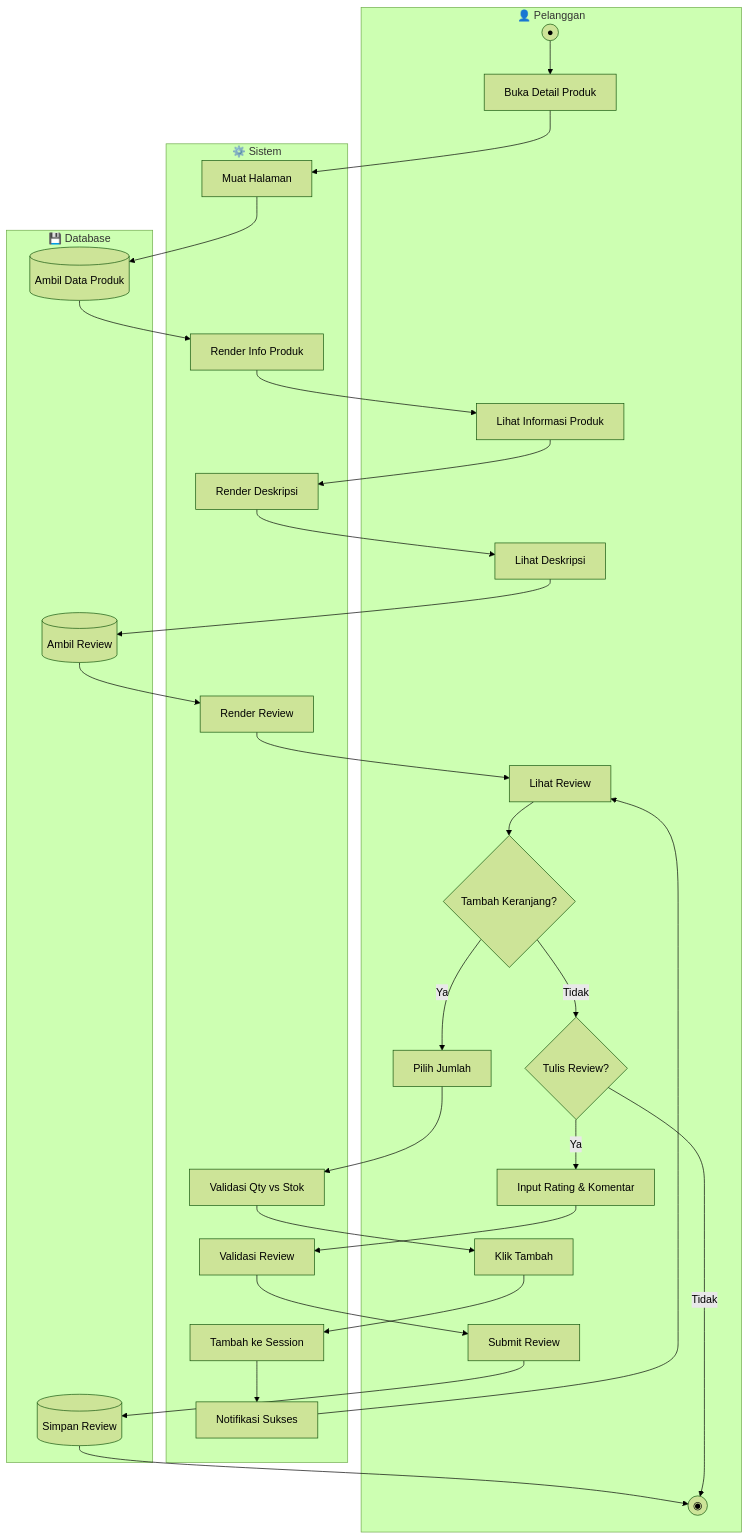
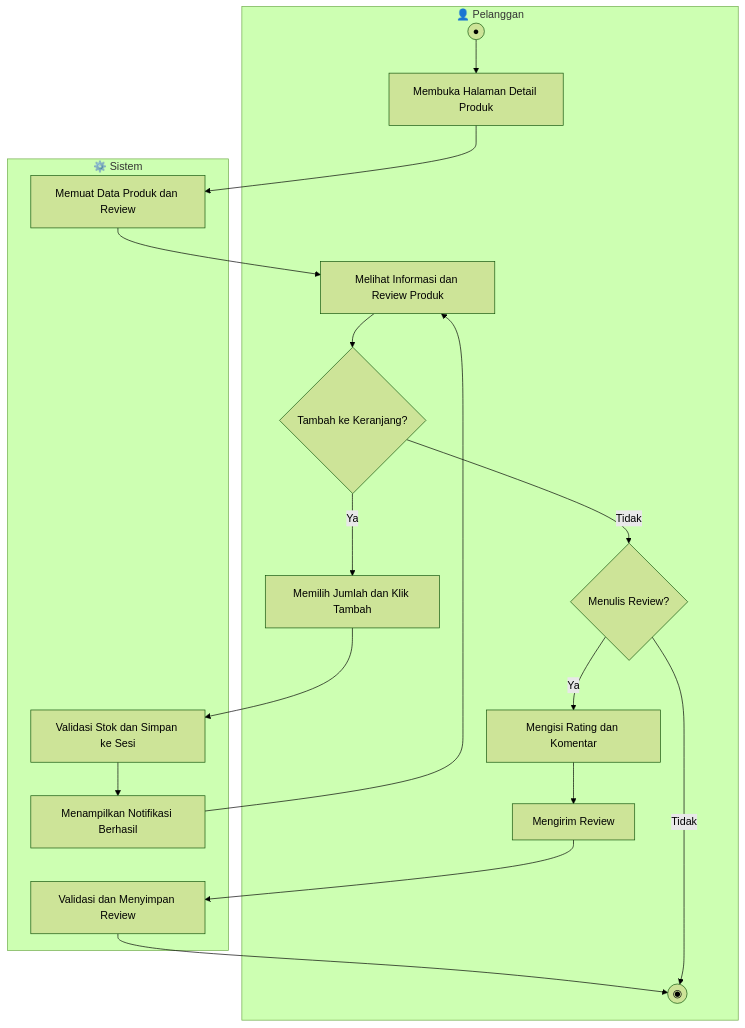
The third of 17 diagrams in docs/ACTIVITY_DIAGRAMS.md (mustarisyahding07-spec/WEBSITE_SKRIPSI_MUSTARI), drawn with Mermaid (forest theme) before and after one commit. The commit also changed other lines of this file, not shown here.

Commit message:
docs: simplify activity diagrams and add academic explanations

````diff
--- a/docs/ACTIVITY_DIAGRAMS.md
+++ b/docs/ACTIVITY_DIAGRAMS.md
@@ -146,59 +126,36 @@
 ```mermaid
 flowchart TD
     subgraph Pelanggan["👤 Pelanggan"]
         P1((●))
-        P2[Buka Detail Produk]
-        P3[Lihat Informasi Produk]
-        P4[Lihat Deskripsi]
-        P5[Lihat Review]
-        P6{Tambah Keranjang?}
-        P7[Pilih Jumlah]
-        P8[Klik Tambah]
-        P9{Tulis Review?}
-        P10[Input Rating & Komentar]
-        P11[Submit Review]
-        P12((◉))
+        P2[Membuka Halaman Detail Produk]
+        P3[Melihat Informasi dan Review Produk]
+        P4{Tambah ke Keranjang?}
+        P5[Memilih Jumlah dan Klik Tambah]
+        P6{Menulis Review?}
+        P7[Mengisi Rating dan Komentar]
+        P8[Mengirim Review]
+        P9((◉))
     end
-    
+
     subgraph Sistem["⚙️ Sistem"]
-        S1[Muat Halaman]
-        S2[Render Info Produk]
-        S3[Render Deskripsi]
-        S4[Render Review]
-        S5[Validasi Qty vs Stok]
-        S6[Tambah ke Session]
-        S7[Notifikasi Sukses]
-        S8[Validasi Review]
+        S1[Memuat Data Produk dan Review]
+        S2[Validasi Stok dan Simpan ke Sesi]
+        S3[Menampilkan Notifikasi Berhasil]
+        S4[Validasi dan Menyimpan Review]
     end
-    
-    subgraph Database["💾 Database"]
-        D1[(Ambil Data Produk)]
-        D2[(Ambil Review)]
-        D3[(Simpan Review)]
-    end
-    
+
     P1 --> P2
     P2 --> S1
-    S1 --> D1
-    D1 --> S2
-    S2 --> P3
-    P3 --> S3
-    S3 --> P4
-    P4 --> D2
-    D2 --> S4
-    S4 --> P5
-    P5 --> P6
+    S1 --> P3
+    P3 --> P4
+    P4 -->|Ya| P5
+    P5 --> S2
+    S2 --> S3
+    S3 --> P3
+    P4 -->|Tidak| P6
     P6 -->|Ya| P7
-    P7 --> S5
-    S5 --> P8
-    P8 --> S6
-    S6 --> S7
-    S7 --> P5
+    P7 --> P8
+    P8 --> S4
+    S4 --> P9
     P6 -->|Tidak| P9
-    P9 -->|Ya| P10
-    P10 --> S8
-    S8 --> P11
-    P11 --> D3
-    D3 --> P12
-    P9 -->|Tidak| P12
 ```
````
